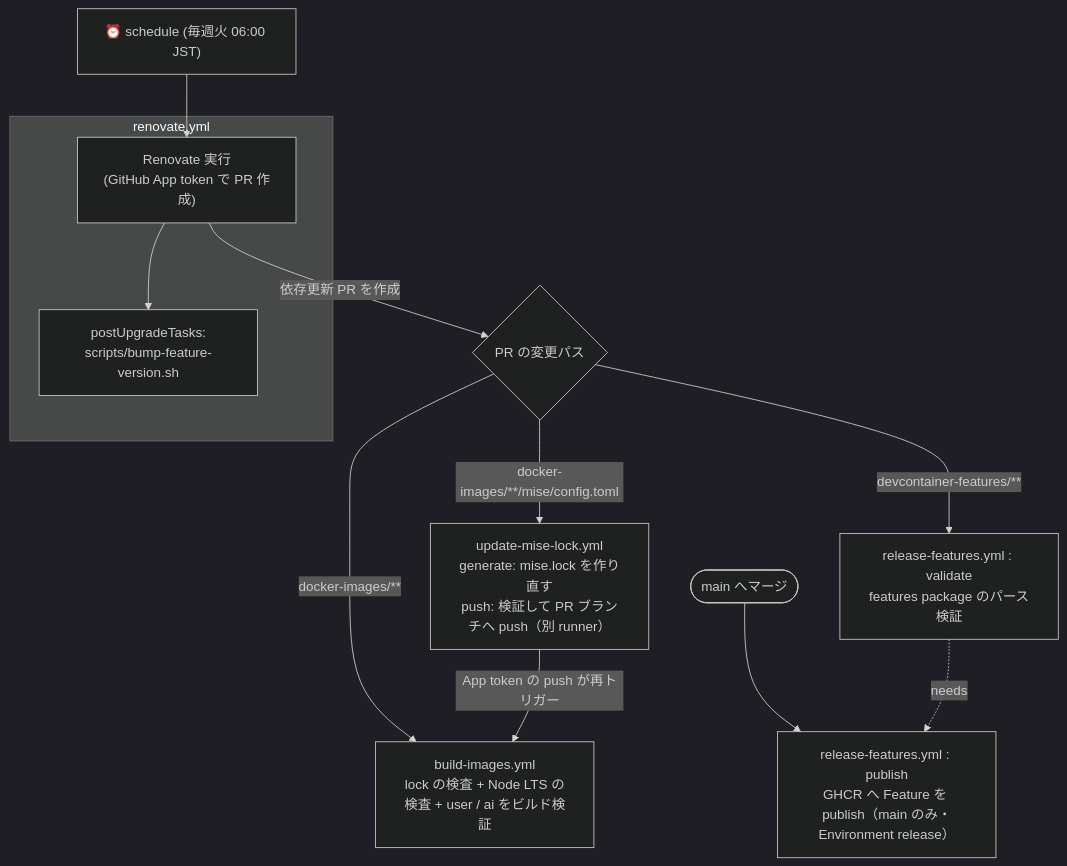
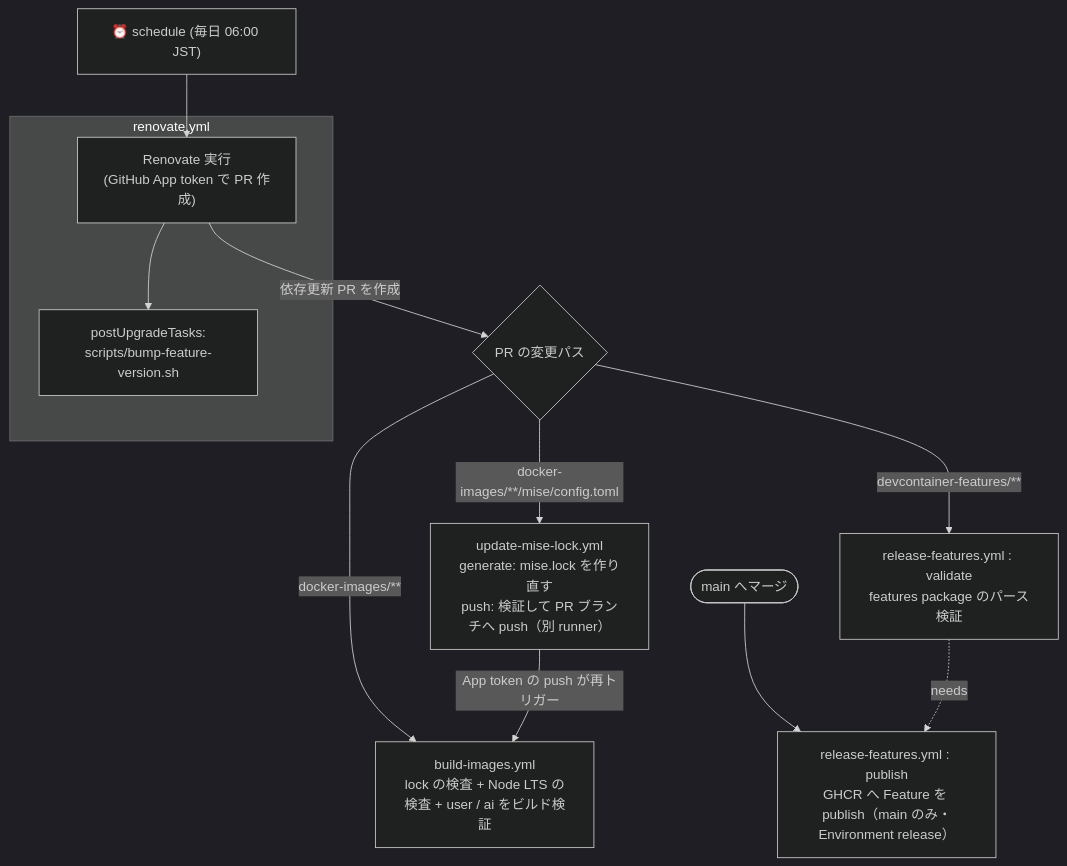
The diagram in docs/MAINTAINING.md (Diiva-Szk/devcontainer-env-core), drawn with Mermaid (dark theme) before and after one commit. The commit also changed other lines of this file and 2 other files, not shown here.

First line of the commit message:
feat(renovate): AI ツールを毎日チェックし、待機期間を1日にする

````diff
--- a/docs/MAINTAINING.md
+++ b/docs/MAINTAINING.md
@@ -113,21 +113,21 @@
 ```mermaid
 flowchart TD
-    cron["⏰ schedule (毎週火 06:00 JST)"] --> renovate
+    cron["⏰ schedule (毎日 06:00 JST)"] --> renovate
 
     subgraph renovate_wf["renovate.yml"]
         renovate["Renovate 実行<br/>(GitHub App token で PR 作成)"]
         bump["postUpgradeTasks:<br/>scripts/bump-feature-version.sh"]
         renovate --> bump
     end
 
     renovate -->|依存更新 PR を作成| PR{"PR の変更パス"}
 
     PR -->|"docker-images/**"| build["build-images.yml<br/>lock の検査 + Node LTS の検査 + user / ai をビルド検証"]
     PR -->|"docker-images/**/mise/config.toml"| lock["update-mise-lock.yml<br/>generate: mise.lock を作り直す<br/>push: 検証して PR ブランチへ push（別 runner）"]
     PR -->|"devcontainer-features/**"| validate["release-features.yml : validate<br/>features package のパース検証"]
 
     lock -->|"App token の push が再トリガー"| build
 
     merge(["main へマージ"]) --> publish["release-features.yml : publish<br/>GHCR へ Feature を publish（main のみ・Environment release）"]
     validate -. "needs" .-> publish
 ```
````
